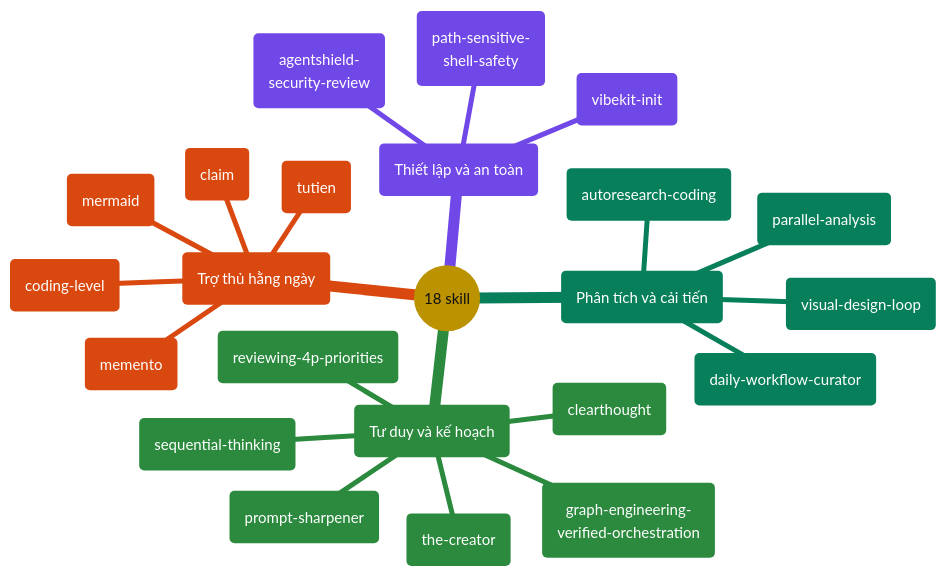
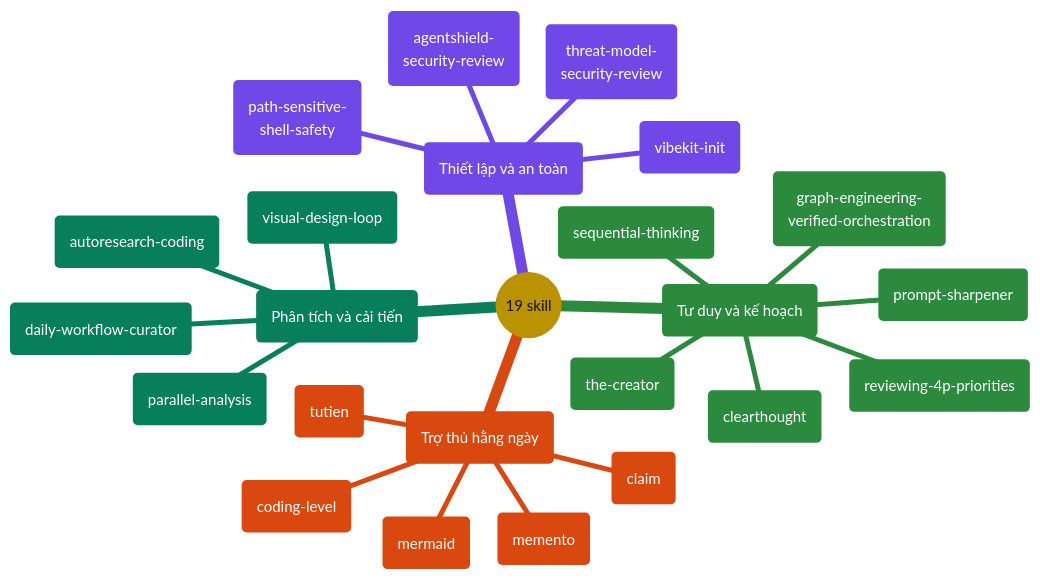
Before and after one commit to giang6283623/minimal-vibe-coding-kit: the fifth of 8 diagrams in docs/README.vi.md, drawn with Mermaid. The commit also changed other lines of this file and 46 other files, not shown here.

Commit message:
enhance security skill and the creator

````diff
--- a/docs/README.vi.md
+++ b/docs/README.vi.md
@@ -346,59 +346,60 @@
 ```mermaid
 ---
 config:
   theme: base
   themeCSS: >-
     .mindmap-node:not(.section-root):not(.section--1) text,
     .mindmap-node:not(.section-root):not(.section--1) tspan
     { fill: #FFFFFF !important; }
     .mindmap-node:not(.section-root):not(.section--1) div,
     .mindmap-node:not(.section-root):not(.section--1) span,
     .mindmap-node:not(.section-root):not(.section--1) p
     { color: #FFFFFF !important; }
   themeVariables:
     darkMode: false
     fontFamily: cascadia mono, consolas, noto sans mono, menlo, monospace
     fontSize: 15px
     lineColor: "#888888"
     textColor: "#111111"
     primaryColor: "#FFD43B"
     primaryTextColor: "#111111"
     primaryBorderColor: "#444444"
     cScale0: "#1971C2"
     cScale1: "#7048E8"
     cScale2: "#2B8A3E"
     cScale3: "#087F5B"
     cScale4: "#D9480F"
     cScale5: "#C2255C"
     cScaleLabel0: "#FFFFFF"
     cScaleLabel1: "#FFFFFF"
     cScaleLabel2: "#FFFFFF"
     cScaleLabel3: "#FFFFFF"
     cScaleLabel4: "#FFFFFF"
     cScaleLabel5: "#FFFFFF"
 ---
 mindmap
-  root(("18 skill"))
+  root(("19 skill"))
     setup("Thiết lập và an toàn")
       s1("vibekit-init")
       s2("agentshield-<br/>security-review")
       s3("path-sensitive-<br/>shell-safety")
+      s4("threat-model-<br/>security-review")
     think("Tư duy và kế hoạch")
       t1("clearthought")
       t2("sequential-thinking")
       t3("prompt-sharpener")
       t4("reviewing-4p-priorities")
       t5("graph-engineering-<br/>verified-orchestration")
       t6("the-creator")
     analyze("Phân tích và cải tiến")
       a1("parallel-analysis")
       a2("autoresearch-coding")
       a3("daily-workflow-curator")
       a4("visual-design-loop")
     helpers("Trợ thủ hằng ngày")
       h1("memento")
       h2("coding-level")
       h3("mermaid")
       h4("claim")
       h5("tutien")
 ```
````
